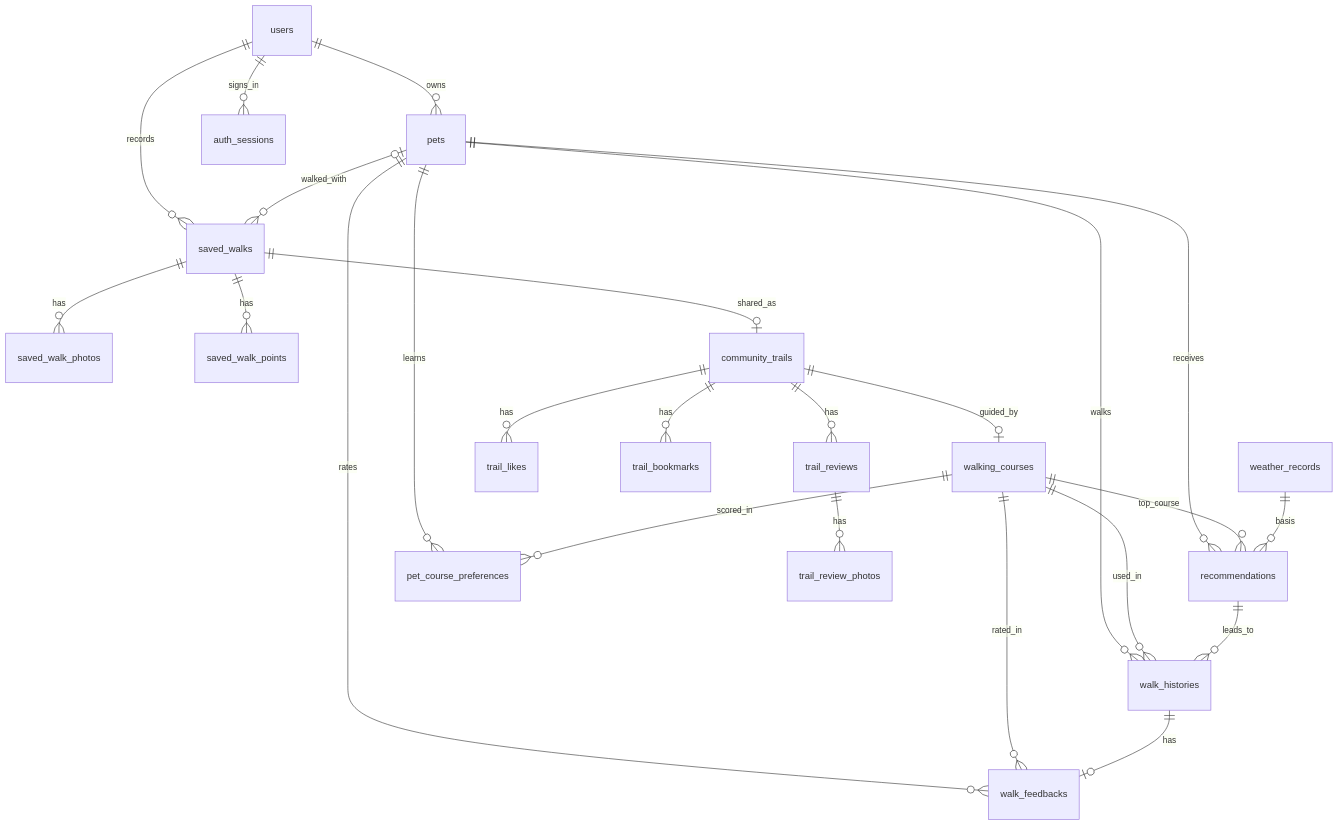
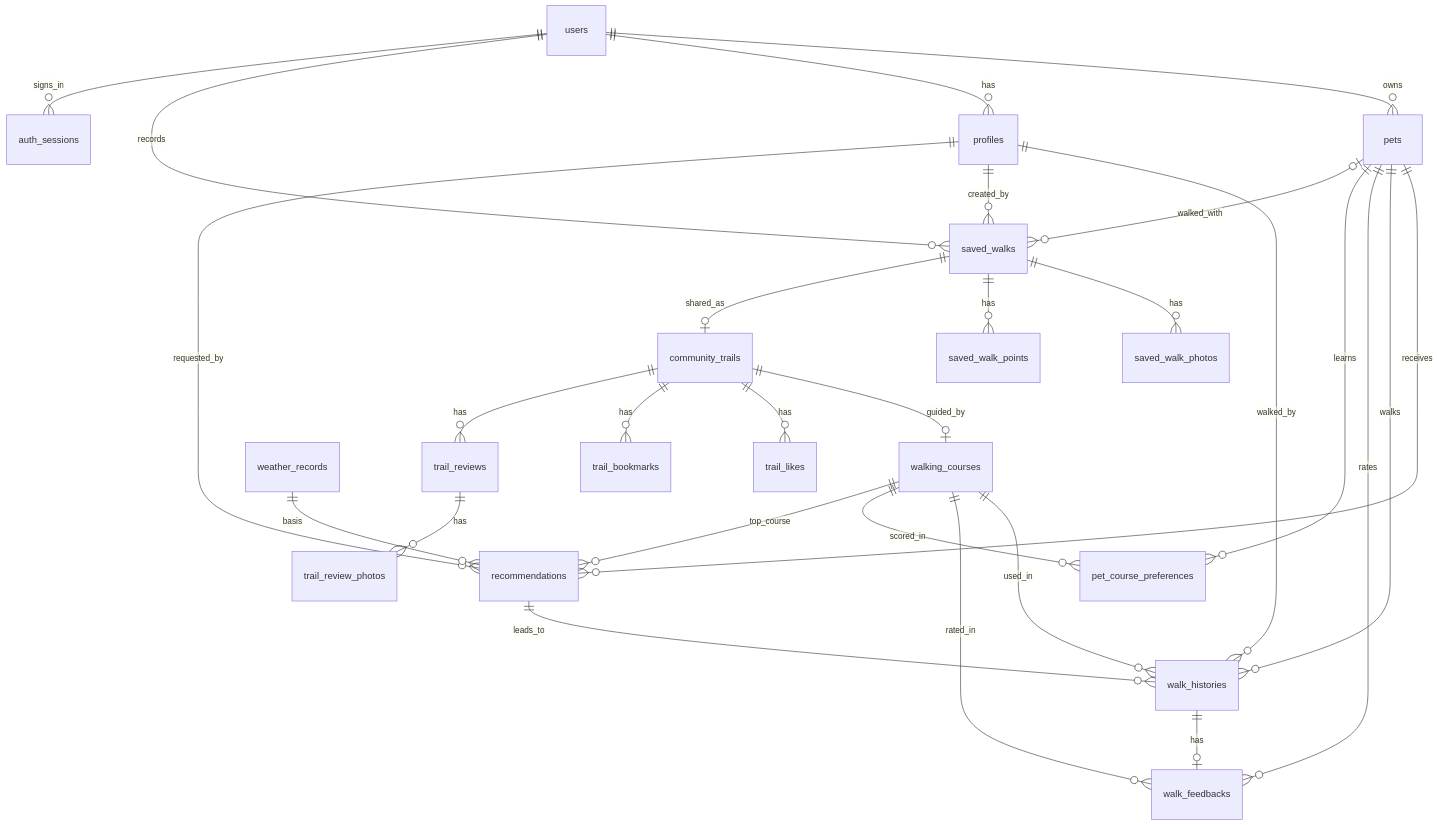
One commit to Kim-pitang/pawpath changed the sixth of 6 diagrams in docs/ARCHITECTURE.md. Above: the diagram before and after it, drawn with Mermaid. The commit also changed other lines of this file and 5 other files, not shown here.

````diff
--- a/docs/ARCHITECTURE.md
+++ b/docs/ARCHITECTURE.md
@@ -278,26 +295,30 @@
 ```mermaid
 erDiagram
     users ||--o{ pets : owns
+    users ||--o{ profiles : has
+    profiles ||--o{ walk_histories : walked_by
+    profiles ||--o{ saved_walks : created_by
+    profiles ||--o{ recommendations : requested_by
     pets ||--o{ recommendations : receives
     pets ||--o{ walk_histories : walks
     pets ||--o{ walk_feedbacks : rates
     pets ||--o{ pet_course_preferences : learns
     walking_courses ||--o{ walk_histories : used_in
     walking_courses ||--o{ walk_feedbacks : rated_in
     walking_courses ||--o{ pet_course_preferences : scored_in
     walking_courses ||--o{ recommendations : top_course
     weather_records ||--o{ recommendations : basis
     recommendations ||--o{ walk_histories : leads_to
     walk_histories ||--o| walk_feedbacks : has
     users ||--o{ saved_walks : records
     users ||--o{ auth_sessions : signs_in
     saved_walks ||--o{ saved_walk_photos : has
     pets |o--o{ saved_walks : walked_with
     saved_walks ||--o{ saved_walk_points : has
     saved_walks ||--o| community_trails : shared_as
     community_trails ||--o| walking_courses : guided_by
     community_trails ||--o{ trail_likes : has
     community_trails ||--o{ trail_bookmarks : has
     community_trails ||--o{ trail_reviews : has
     trail_reviews ||--o{ trail_review_photos : has
 ```
````
